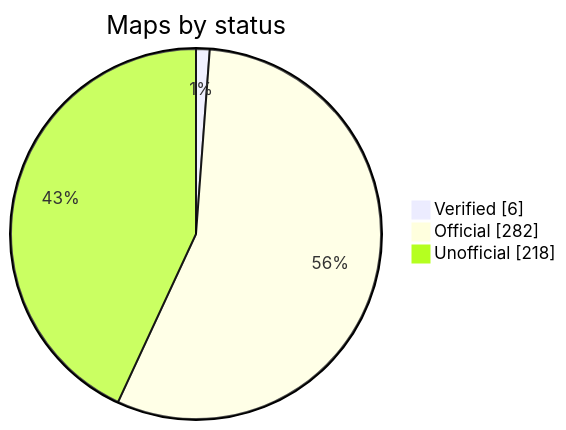
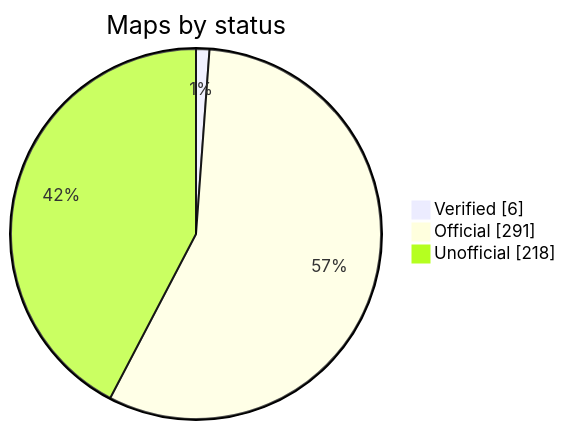
One commit to nobrega8/mbmap-library changed the diagram in README.md. Above: the diagram before and after it, drawn with Mermaid. The commit also changed 10 other files, not shown here.

````diff
--- a/README.md
+++ b/README.md
@@ -50,7 +50,7 @@
 ```mermaid
 pie showData
     title Maps by status
     "Verified" : 6
-    "Official" : 282
+    "Official" : 291
     "Unofficial" : 218
 ```
````
